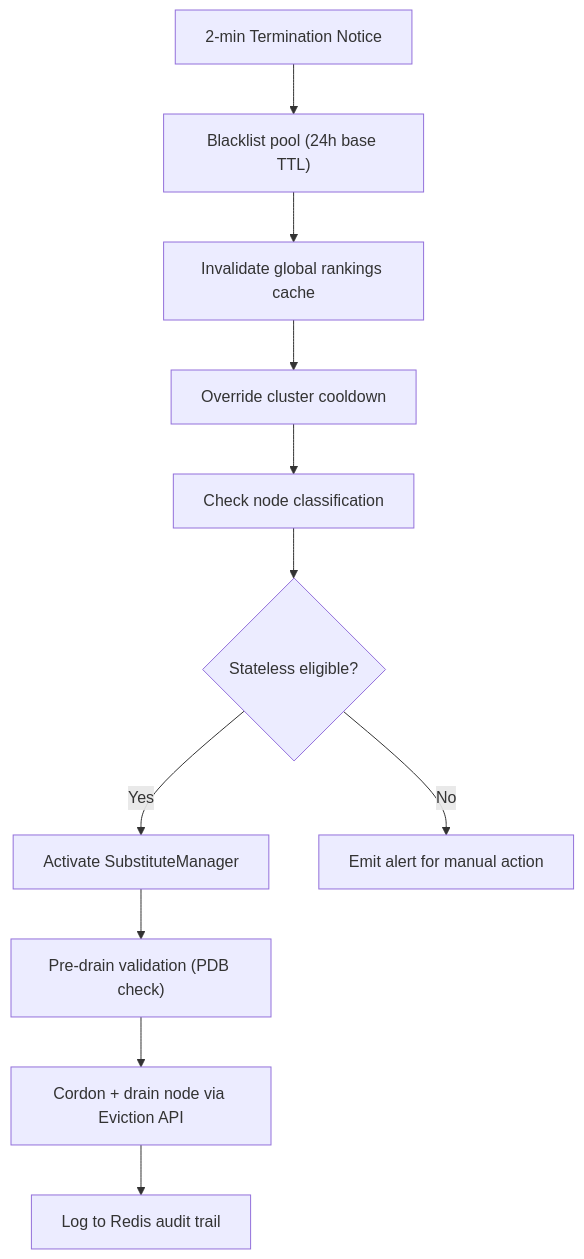
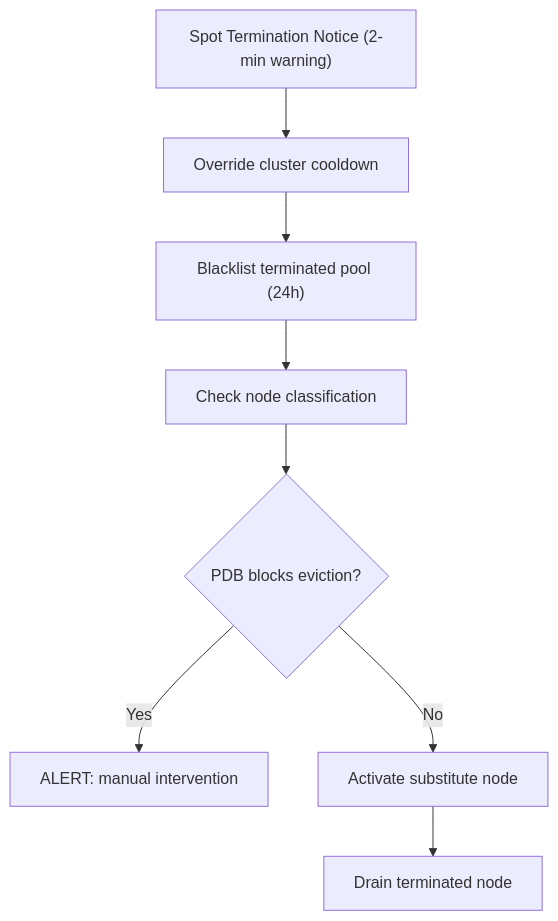
Diagram 12 of 16 in documents/logic.md (atharva0608/final-ml), drawn with Mermaid before and after one commit. The commit also changed other lines of this file and 93 other files, not shown here.

````diff
--- a/documents/logic.md
+++ b/documents/logic.md
@@ -496,13 +583,10 @@
 ```mermaid
 flowchart TD
-    ITN["2-min Termination Notice"] --> BL["Blacklist pool (24h base TTL)"]
-    BL --> INV["Invalidate global rankings cache"]
-    INV --> OVR["Override cluster cooldown"]
-    OVR --> CLS["Check node classification"]
-    CLS --> DRAIN{"Stateless eligible?"}
-    DRAIN -- "Yes" --> SUB["Activate SubstituteManager"]
-    DRAIN -- "No" --> ALERT["Emit alert for manual action"]
-    SUB --> DRN["Pre-drain validation (PDB check)"]
-    DRN --> EVICT["Cordon + drain node via Eviction API"]
-    EVICT --> LOG["Log to Redis audit trail"]
+    ITN["Spot Termination Notice (2-min warning)"] --> COOLDOWN["Override cluster cooldown"]
+    COOLDOWN --> BL["Blacklist terminated pool (24h)"]
+    BL --> CLASSIFY["Check node classification"]
+    CLASSIFY --> PDB{"PDB blocks eviction?"}
+    PDB -- "Yes" --> ALERT["ALERT: manual intervention"]
+    PDB -- "No" --> SUB["Activate substitute node"]
+    SUB --> DRAIN["Drain terminated node"]
 ```
````
